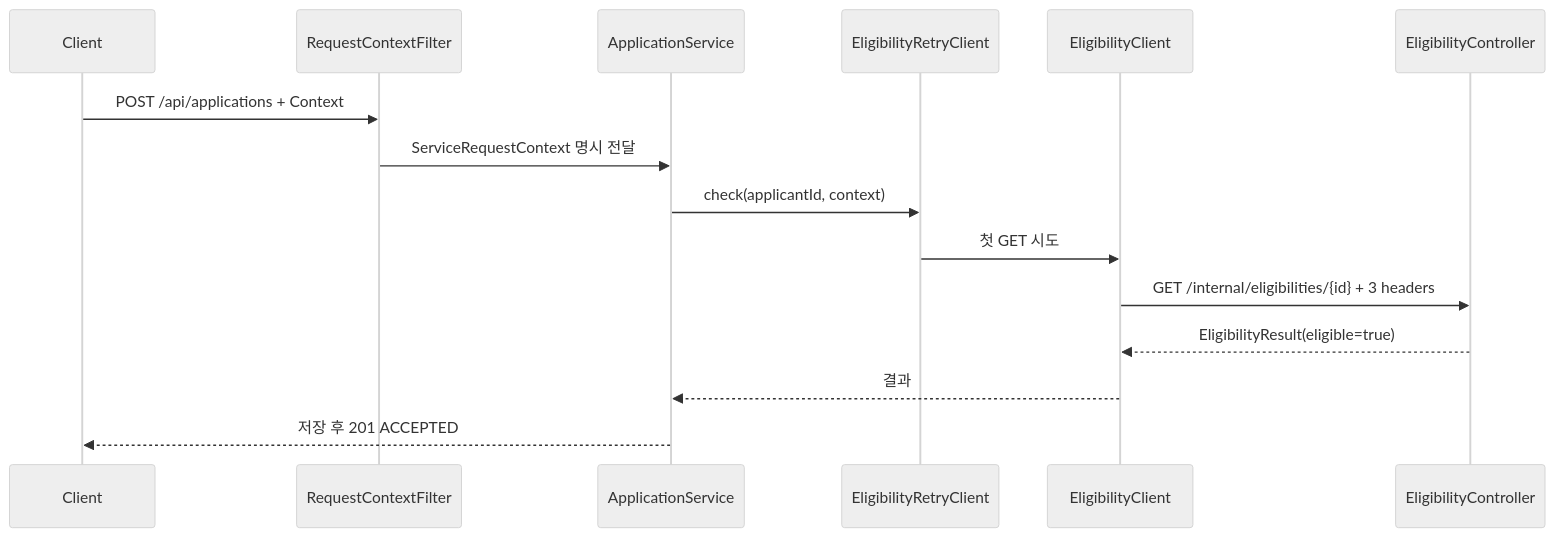
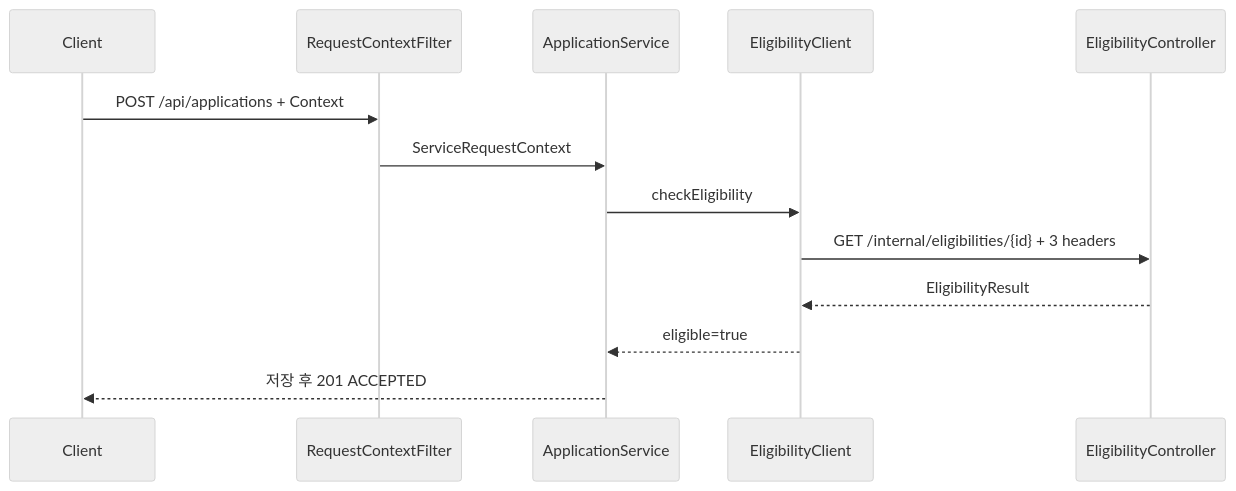
Before and after one commit to okpc579/saas-guide-sample-service-communication: the first of 2 diagrams in docs/4.1.8-guide-mapping.md, drawn with Mermaid (neutral theme). The commit also changed other lines of this file and 45 other files, not shown here.

````diff
--- a/docs/4.1.8-guide-mapping.md
+++ b/docs/4.1.8-guide-mapping.md
@@ -16,17 +14,15 @@
 ```mermaid
 sequenceDiagram
   participant U as Client
   participant F as RequestContextFilter
   participant A as ApplicationService
-  participant R as EligibilityRetryClient
   participant C as EligibilityClient
   participant E as EligibilityController
   U->>F: POST /api/applications + Context
-  F->>A: ServiceRequestContext 명시 전달
-  A->>R: check(applicantId, context)
-  R->>C: 첫 GET 시도
+  F->>A: ServiceRequestContext
+  A->>C: checkEligibility
   C->>E: GET /internal/eligibilities/{id} + 3 headers
-  E-->>C: EligibilityResult(eligible=true)
-  C-->>A: 결과
+  E-->>C: EligibilityResult
+  C-->>A: eligible=true
   A-->>U: 저장 후 201 ACCEPTED
 ```
````
